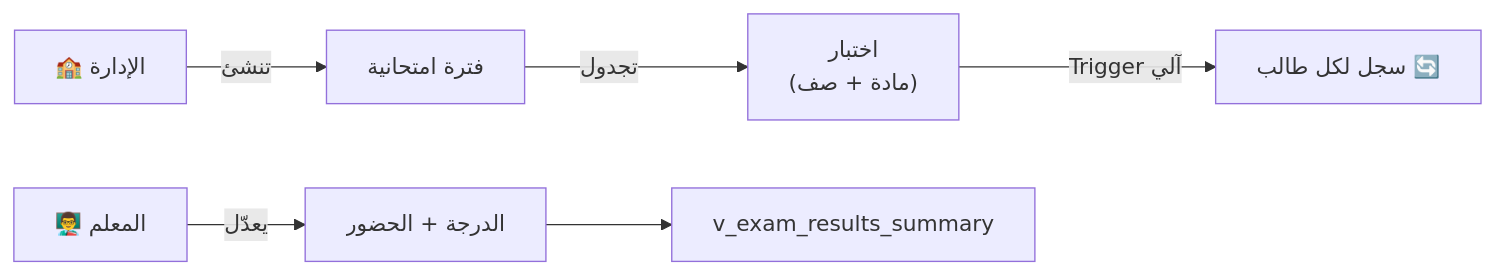
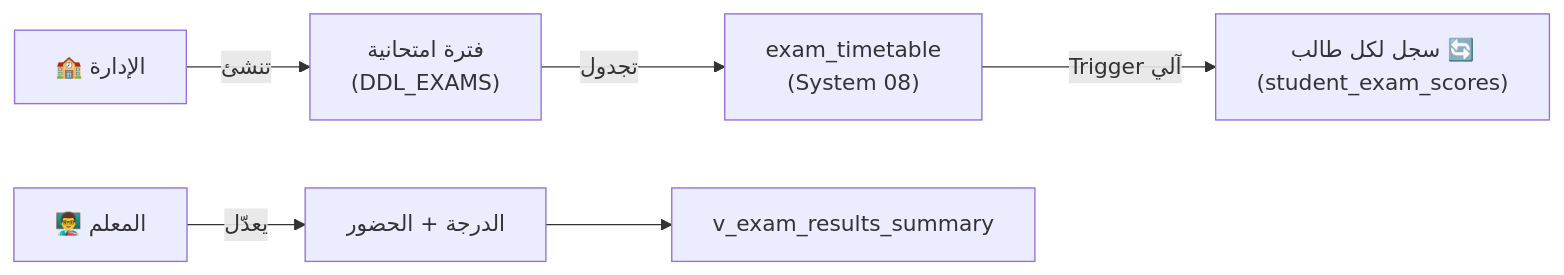
The diagram in systems/05_التعليم_والدرجات/README_EXAMS.md (mosaa65/school_system-erp), drawn with Mermaid before and after one commit. The commit also changed other lines of this file and 27 other files, not shown here.

Commit message:
Major Update: Determine Exam Scheduling System (Sys 08 v2.0) and Teaching/Grades (Sys 05 v4.0) with full documentation and demo data

````diff
--- a/systems/05_التعليم_والدرجات/README_EXAMS.md
+++ b/systems/05_التعليم_والدرجات/README_EXAMS.md
@@ -23,8 +23,8 @@
 ```mermaid
 graph LR
-    A["🏫 الإدارة"] -->|تنشئ| EP["فترة امتحانية"]
-    EP -->|تجدول| ES["اختبار<br/>(مادة + صف)"]
-    ES -->|Trigger آلي| SES["سجل لكل طالب 🔄"]
+    A["🏫 الإدارة"] -->|تنشئ| EP["فترة امتحانية\n(DDL_EXAMS)"]
+    EP -->|تجدول| ET["exam_timetable\n(System 08)"]
+    ET -->|Trigger آلي| SES["سجل لكل طالب 🔄\n(student_exam_scores)"]
     T["👨‍🏫 المعلم"] -->|يعدّل| SES2["الدرجة + الحضور"]
     SES2 --> V["v_exam_results_summary"]
 ```
````
